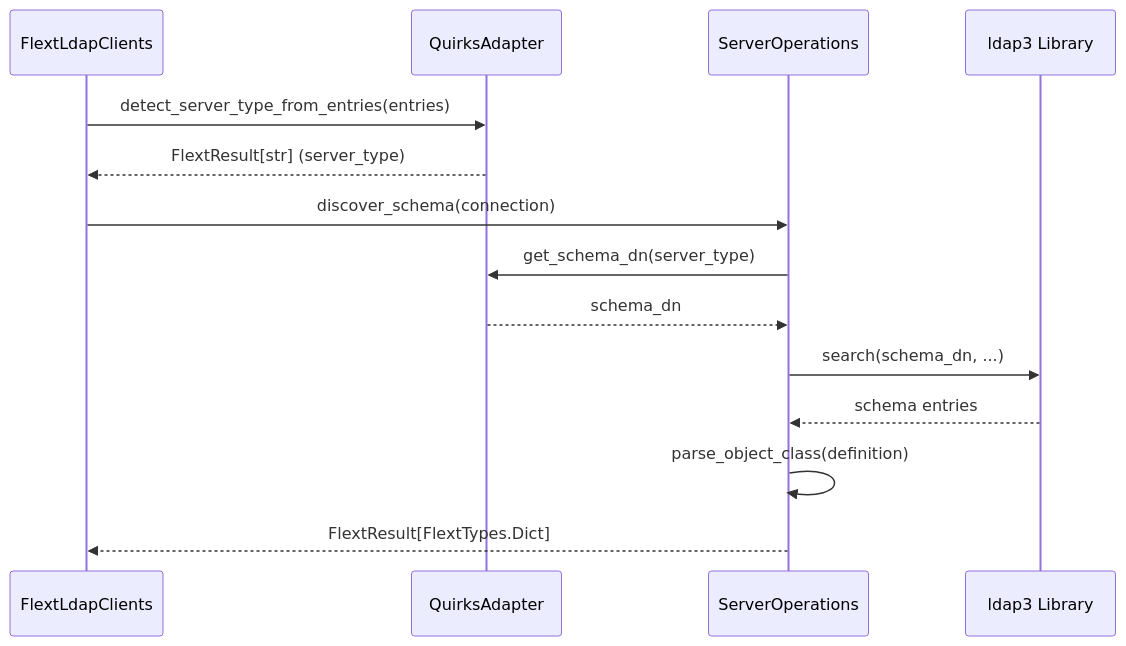
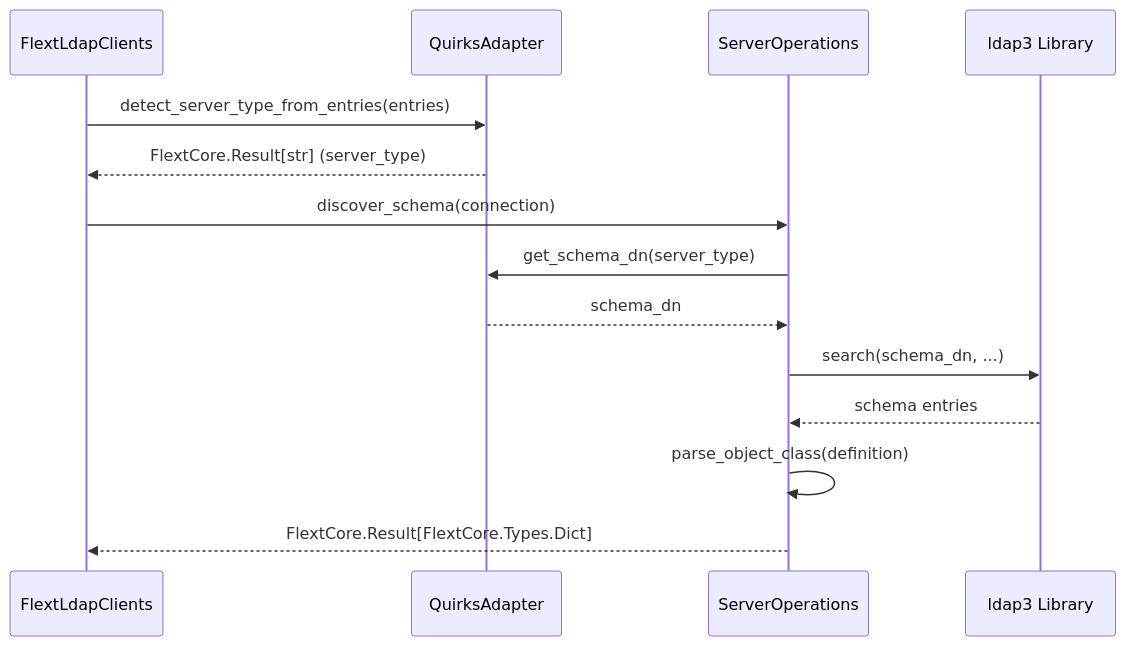
One commit to flext-sh/flext-ldap changed the second of 3 diagrams in docs/architecture.md. Above: the diagram before and after it, drawn with Mermaid. The commit also changed other lines of this file and 129 other files, not shown here.

````diff
--- a/docs/architecture.md
+++ b/docs/architecture.md
@@ -280,17 +280,17 @@
 ```mermaid
 sequenceDiagram
     participant Client as FlextLdapClients
     participant Quirks as QuirksAdapter
     participant Ops as ServerOperations
     participant ldap3 as ldap3 Library
 
     Client->>Quirks: detect_server_type_from_entries(entries)
-    Quirks-->>Client: FlextResult[str] (server_type)
+    Quirks-->>Client: FlextCore.Result[str] (server_type)
     Client->>Ops: discover_schema(connection)
     Ops->>Quirks: get_schema_dn(server_type)
     Quirks-->>Ops: schema_dn
     Ops->>ldap3: search(schema_dn, ...)
     ldap3-->>Ops: schema entries
     Ops->>Ops: parse_object_class(definition)
-    Ops-->>Client: FlextResult[FlextTypes.Dict]
+    Ops-->>Client: FlextCore.Result[FlextCore.Types.Dict]
 ```
````
